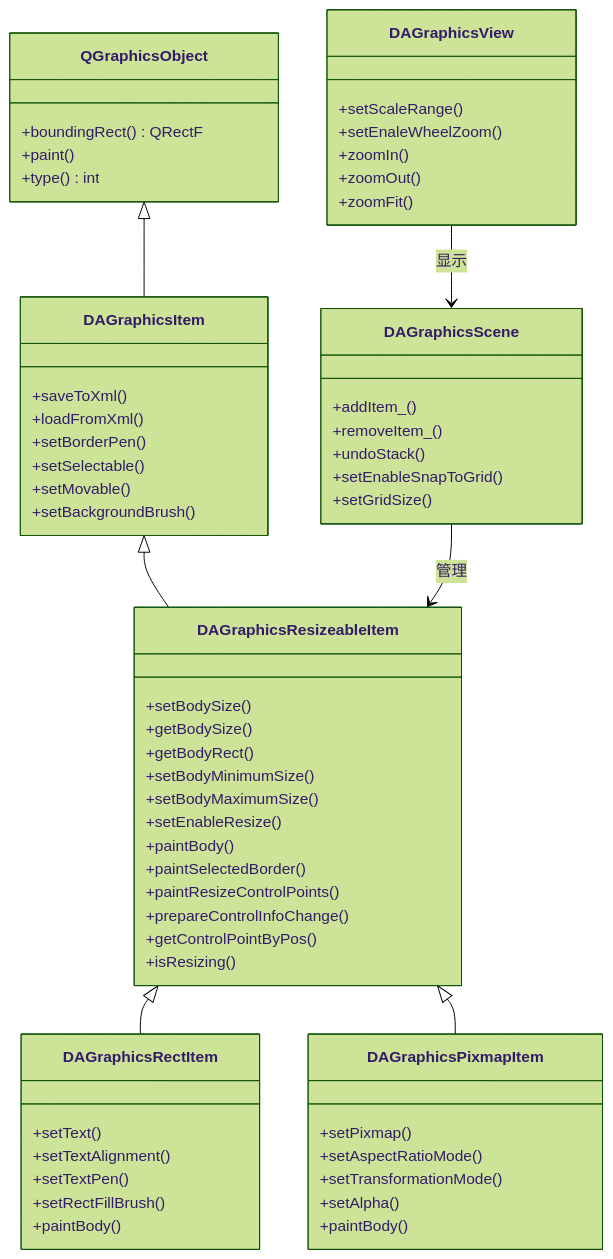
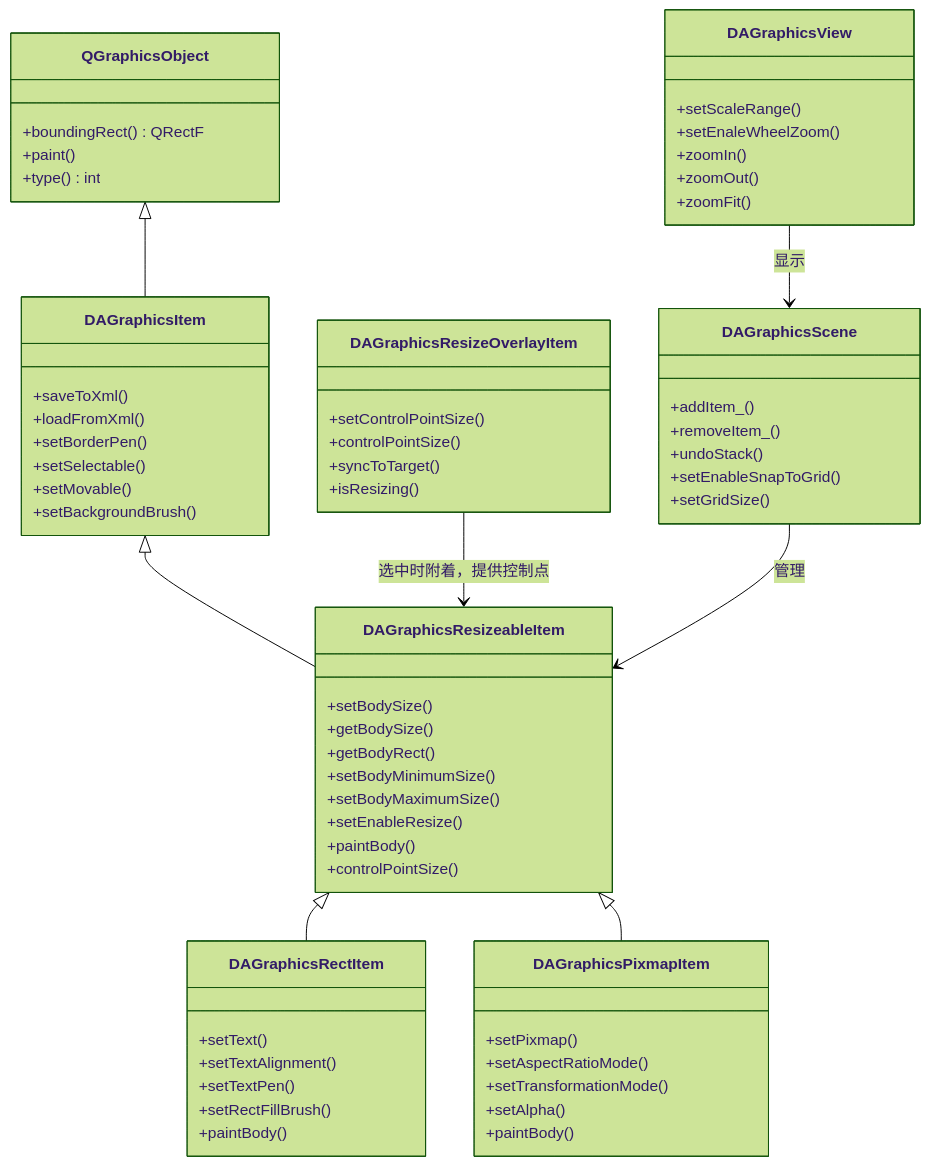
The first of 4 diagrams in docs/zh/dev-guide/graphics/scalable-graphic-module.md (czyt1988/data-workbench), drawn with Mermaid (forest theme) before and after one commit. The commit also changed other lines of this file and 55 other files, not shown here.

````diff
--- a/docs/zh/dev-guide/graphics/scalable-graphic-module.md
+++ b/docs/zh/dev-guide/graphics/scalable-graphic-module.md
@@ -20,71 +20,75 @@
 ```mermaid
 classDiagram
     class QGraphicsObject {
         +boundingRect() QRectF
         +paint()
         +type() int
     }
     
     class DAGraphicsItem {
         +saveToXml()
         +loadFromXml()
         +setBorderPen()
         +setSelectable()
         +setMovable()
         +setBackgroundBrush()
     }
     
     class DAGraphicsResizeableItem {
         +setBodySize()
         +getBodySize()
         +getBodyRect()
         +setBodyMinimumSize()
         +setBodyMaximumSize()
         +setEnableResize()
         +paintBody()
-        +paintSelectedBorder()
-        +paintResizeControlPoints()
-        +prepareControlInfoChange()
-        +getControlPointByPos()
+        +controlPointSize()
+    }
+    
+    class DAGraphicsResizeOverlayItem {
+        +setControlPointSize()
+        +controlPointSize()
+        +syncToTarget()
         +isResizing()
     }
     
     class DAGraphicsRectItem {
         +setText()
         +setTextAlignment()
         +setTextPen()
         +setRectFillBrush()
         +paintBody()
     }
     
     class DAGraphicsPixmapItem {
         +setPixmap()
         +setAspectRatioMode()
         +setTransformationMode()
         +setAlpha()
         +paintBody()
     }
     
     class DAGraphicsScene {
         +addItem_()
         +removeItem_()
         +undoStack()
         +setEnableSnapToGrid()
         +setGridSize()
     }
     
     class DAGraphicsView {
         +setScaleRange()
         +setEnaleWheelZoom()
         +zoomIn()
         +zoomOut()
         +zoomFit()
     }
     
     QGraphicsObject <|-- DAGraphicsItem
     DAGraphicsItem <|-- DAGraphicsResizeableItem
     DAGraphicsResizeableItem <|-- DAGraphicsRectItem
     DAGraphicsResizeableItem <|-- DAGraphicsPixmapItem
+    DAGraphicsResizeOverlayItem --> DAGraphicsResizeableItem : 选中时附着，提供控制点
     DAGraphicsScene --> DAGraphicsResizeableItem : 管理
     DAGraphicsView --> DAGraphicsScene : 显示
 ```
````
